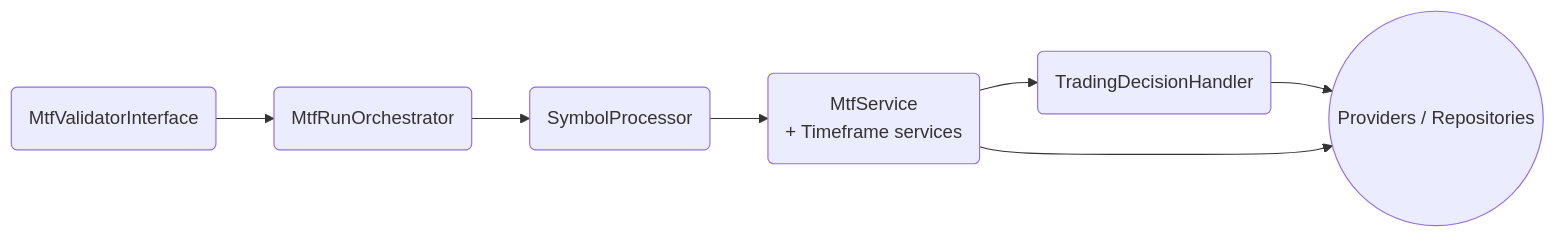
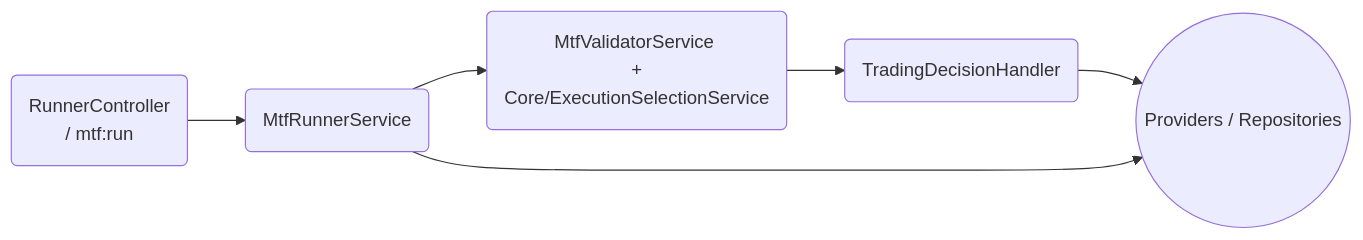
The diagram in trading-app/docs/README.md (pivox/tradingV3), drawn with Mermaid before and after one commit. The commit also changed other lines of this file and 25 other files, not shown here.

Commit message:
Remove legacy MTF service stack

````diff
--- a/trading-app/docs/README.md
+++ b/trading-app/docs/README.md
@@ -11,13 +11,12 @@
 ```mermaid
 flowchart LR
-    Facade(MtfValidatorInterface)
-    Orchestrator(MtfRunOrchestrator)
-    Processor(SymbolProcessor)
-    Service(MtfService \n + Timeframe services)
+    Entry(RunnerController \n / mtf:run)
+    Runner(MtfRunnerService)
+    Validator(MtfValidatorService \n + Core/ExecutionSelectionService)
     Decision(TradingDecisionHandler)
     Infra((Providers / Repositories))
 
-    Facade --> Orchestrator --> Processor --> Service --> Decision
+    Entry --> Runner --> Validator --> Decision
     Decision --> Infra
-    Service --> Infra
+    Runner --> Infra
 ```
````
